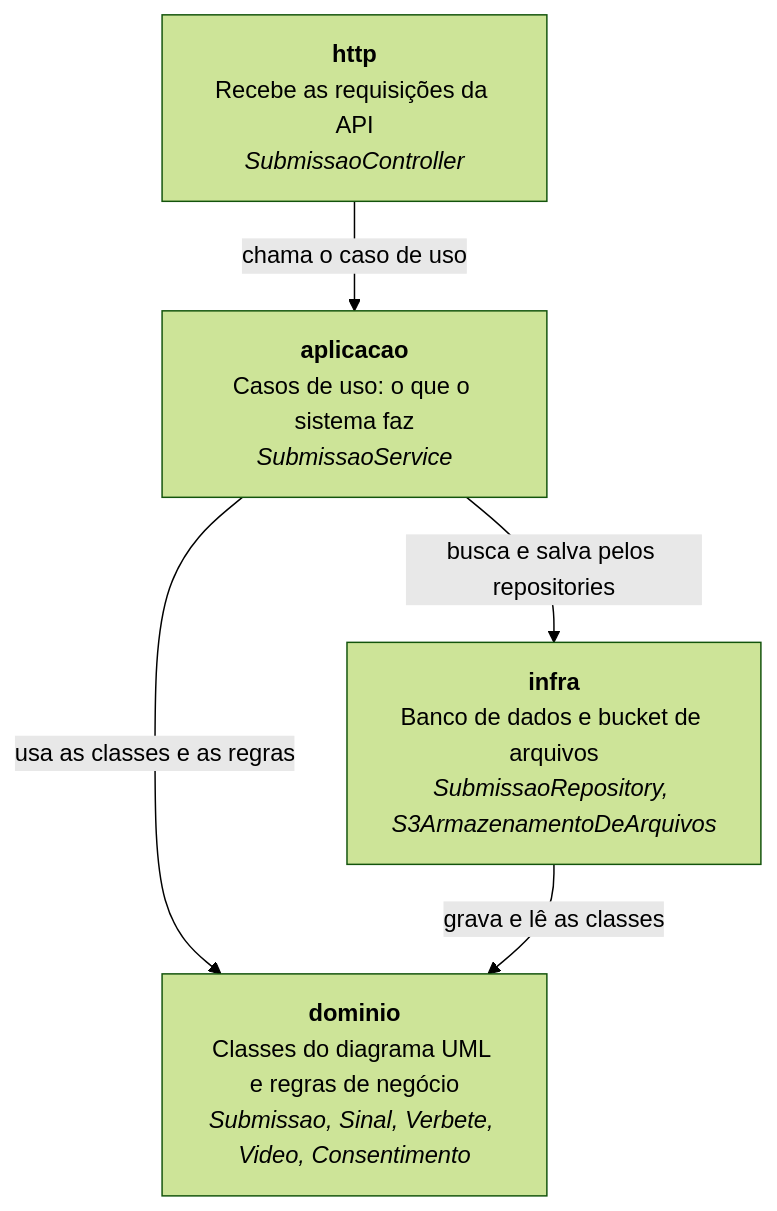
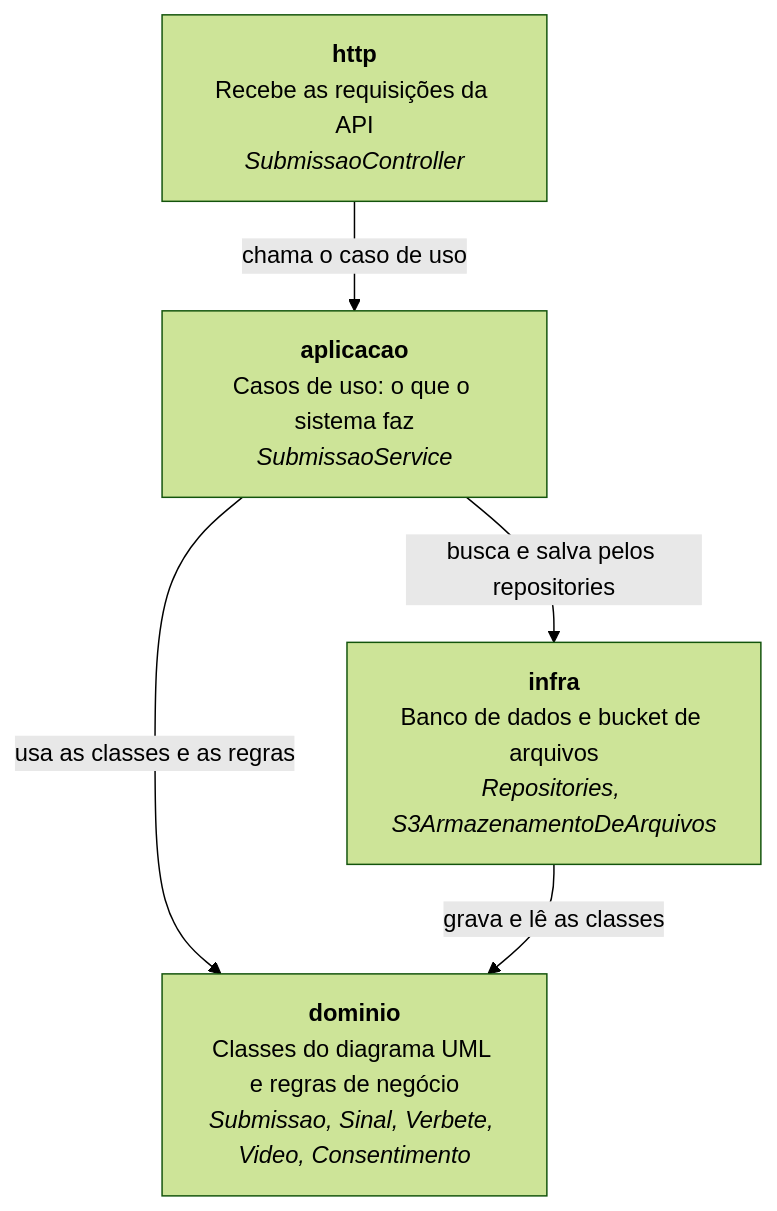
Before and after one commit to Trabalho-AMS/dicionario-libras: the diagram in apresentacao.md, drawn with Mermaid (forest theme). The commit also changed other lines of this file and 1 other file, not shown here.

````diff
--- a/apresentacao.md
+++ b/apresentacao.md
@@ -122,12 +122,12 @@
 ```mermaid
 flowchart TB
     http["<b>http</b><br/>Recebe as requisições da API<br/><i>SubmissaoController</i>"]
     aplicacao["<b>aplicacao</b><br/>Casos de uso: o que o sistema faz<br/><i>SubmissaoService</i>"]
-    infra["<b>infra</b><br/>Banco de dados e bucket de arquivos<br/><i>SubmissaoRepository, S3ArmazenamentoDeArquivos</i>"]
+    infra["<b>infra</b><br/>Banco de dados e bucket de arquivos<br/><i>Repositories, S3ArmazenamentoDeArquivos</i>"]
     dominio["<b>dominio</b><br/>Classes do diagrama UML e regras de negócio<br/><i>Submissao, Sinal, Verbete, Video, Consentimento</i>"]
 
     http -->|"chama o caso de uso"| aplicacao
     aplicacao -->|"busca e salva pelos repositories"| infra
     aplicacao -->|"usa as classes e as regras"| dominio
     infra -->|"grava e lê as classes"| dominio
 ```
````
